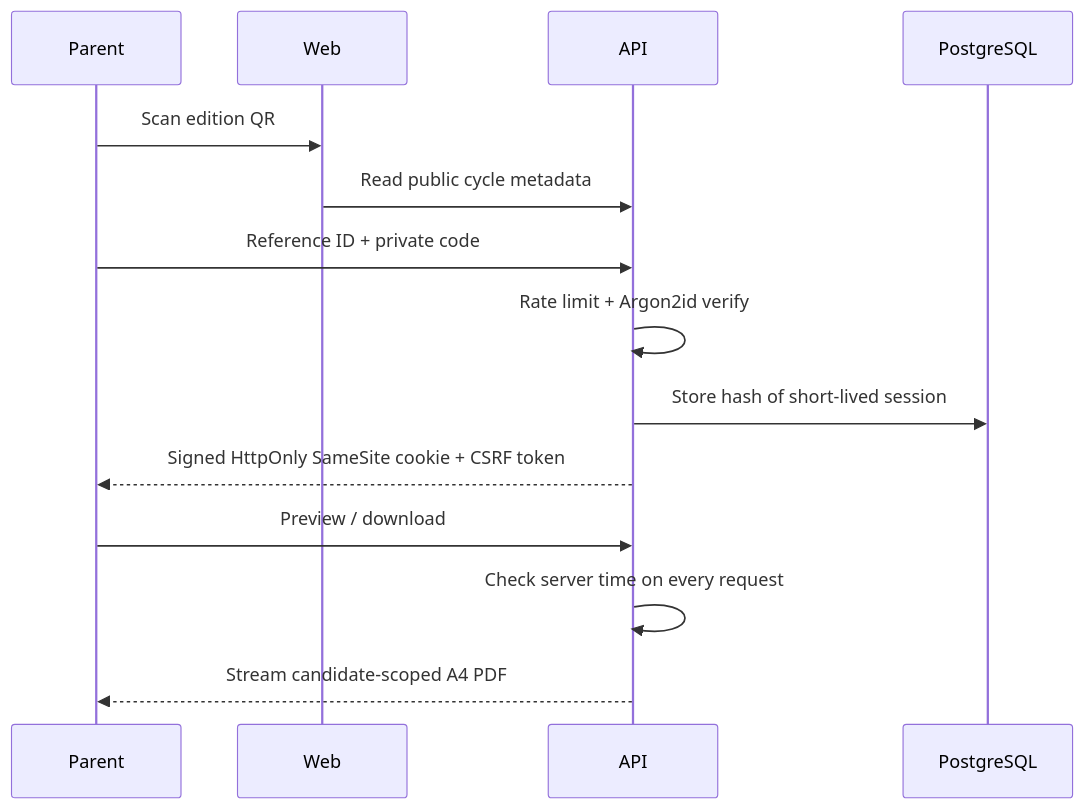
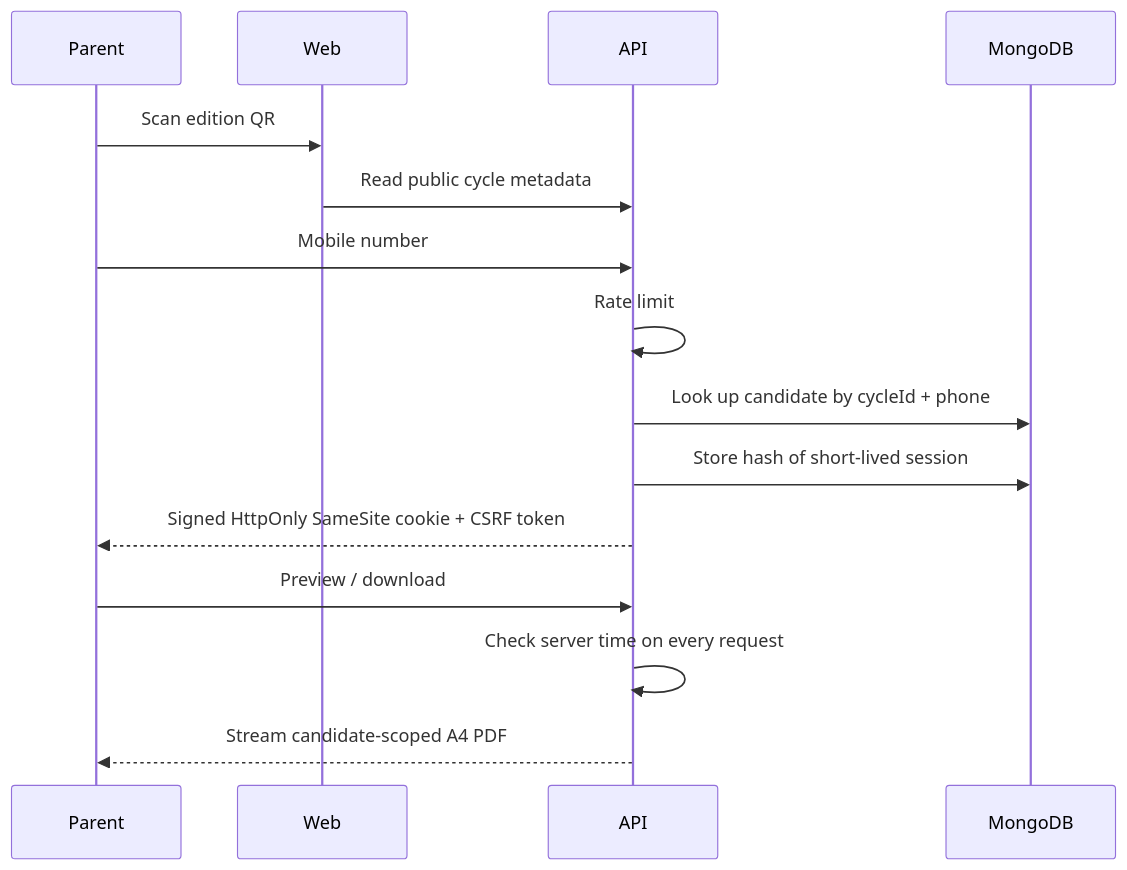
The third of 4 diagrams in docs/architecture.md (Jatin-Purbia/top-ten-certificates), drawn with Mermaid before and after one commit. The commit also changed other lines of this file and 30 other files, not shown here.

````diff
--- a/docs/architecture.md
+++ b/docs/architecture.md
@@ -31,16 +32,17 @@
 ```mermaid
 sequenceDiagram
   participant P as Parent
   participant W as Web
   participant A as API
-  participant D as PostgreSQL
+  participant D as MongoDB
   P->>W: Scan edition QR
   W->>A: Read public cycle metadata
-  P->>A: Reference ID + private code
-  A->>A: Rate limit + Argon2id verify
+  P->>A: Mobile number
+  A->>A: Rate limit
+  A->>D: Look up candidate by cycleId + phone
   A->>D: Store hash of short-lived session
   A-->>P: Signed HttpOnly SameSite cookie + CSRF token
   P->>A: Preview / download
   A->>A: Check server time on every request
   A-->>P: Stream candidate-scoped A4 PDF
 ```
````
